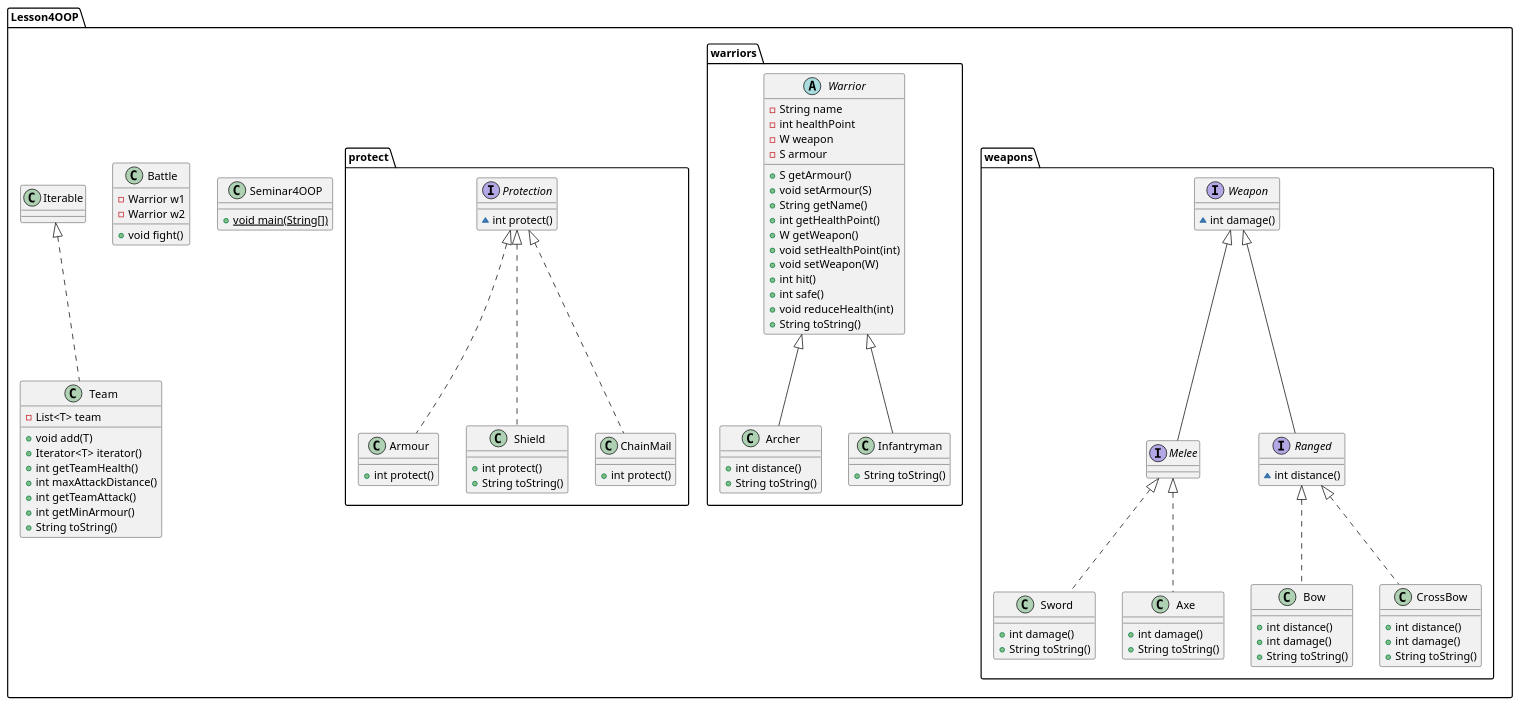
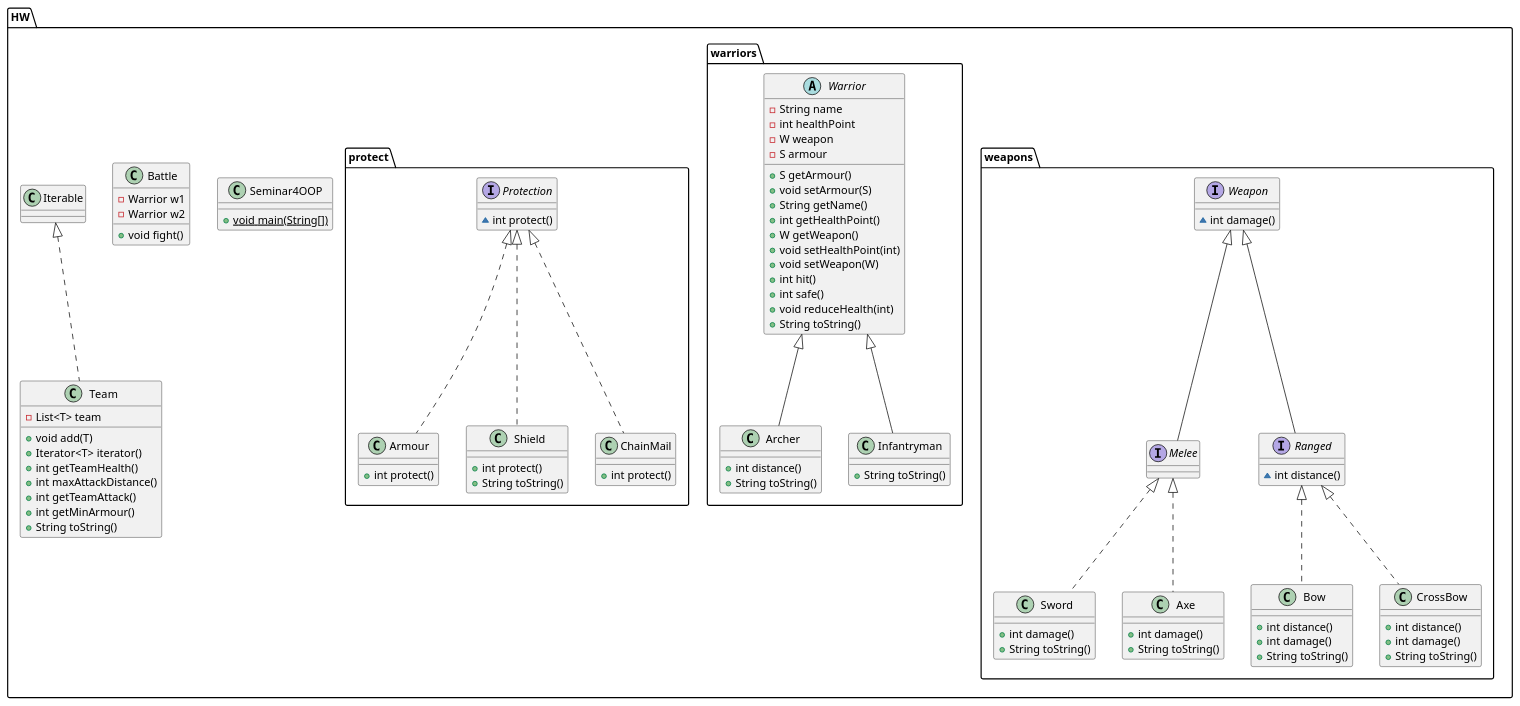
The diagram in HWUML.puml (Xqz97/Software_architecture_seminars), drawn with PlantUML before and after one commit. The commit also changed 17 other files, not shown here.

Commit message:
Seminar 1 (software architecture) + HW

```diff
--- a/HWUML.puml
+++ b/HWUML.puml
@@ -1,97 +1,97 @@
 @startuml
-class Lesson4OOP.weapons.Sword {
+class HW.weapons.Sword {
 + int damage()
 + String toString()
 }
-class Lesson4OOP.warriors.Archer {
+class HW.warriors.Archer {
 + int distance()
 + String toString()
 }
-class Lesson4OOP.Seminar4OOP {
+class HW.Seminar4OOP {
 + {static} void main(String[])
 }
-interface Lesson4OOP.protect.Protection {
+interface HW.protect.Protection {
 ~ int protect()
 }
-class Lesson4OOP.warriors.Infantryman {
+class HW.warriors.Infantryman {
 + String toString()
 }
-class Lesson4OOP.weapons.Axe {
+class HW.weapons.Axe {
 + int damage()
 + String toString()
 }
-interface Lesson4OOP.weapons.Melee {
+interface HW.weapons.Melee {
 }
-class Lesson4OOP.protect.Armour {
+class HW.protect.Armour {
 + int protect()
 }
-class Lesson4OOP.weapons.Bow {
+class HW.weapons.Bow {
 + int distance()
 + int damage()
 + String toString()
 }
-class Lesson4OOP.Team {
+class HW.Team {
 - List<T> team
 + void add(T)
 + Iterator<T> iterator()
 + int getTeamHealth()
 + int maxAttackDistance()
 + int getTeamAttack()
 + int getMinArmour()
 + String toString()
 }
-class Lesson4OOP.protect.Shield {
+class HW.protect.Shield {
 + int protect()
 + String toString()
 }
-interface Lesson4OOP.weapons.Weapon {
+interface HW.weapons.Weapon {
 ~ int damage()
 }
-interface Lesson4OOP.weapons.Ranged {
+interface HW.weapons.Ranged {
 ~ int distance()
 }
-class Lesson4OOP.Battle {
+class HW.Battle {
 - Warrior w1
 - Warrior w2
 + void fight()
 }
-class Lesson4OOP.protect.ChainMail {
+class HW.protect.ChainMail {
 + int protect()
 }
-abstract class Lesson4OOP.warriors.Warrior {
+abstract class HW.warriors.Warrior {
 - String name
 - int healthPoint
 - W weapon
 - S armour
 + S getArmour()
 + void setArmour(S)
 + String getName()
 + int getHealthPoint()
 + W getWeapon()
 + void setHealthPoint(int)
 + void setWeapon(W)
 + int hit()
 + int safe()
 + void reduceHealth(int)
 + String toString()
 }
-class Lesson4OOP.weapons.CrossBow {
+class HW.weapons.CrossBow {
 + int distance()
 + int damage()
 + String toString()
 }
 
 
-Lesson4OOP.weapons.Melee <|.. Lesson4OOP.weapons.Sword
-Lesson4OOP.warriors.Warrior <|-- Lesson4OOP.warriors.Archer
-Lesson4OOP.warriors.Warrior <|-- Lesson4OOP.warriors.Infantryman
-Lesson4OOP.weapons.Melee <|.. Lesson4OOP.weapons.Axe
-Lesson4OOP.weapons.Weapon <|-- Lesson4OOP.weapons.Melee
-Lesson4OOP.protect.Protection <|.. Lesson4OOP.protect.Armour
-Lesson4OOP.weapons.Ranged <|.. Lesson4OOP.weapons.Bow
-Lesson4OOP.Iterable <|.. Lesson4OOP.Team
-Lesson4OOP.protect.Protection <|.. Lesson4OOP.protect.Shield
-Lesson4OOP.weapons.Weapon <|-- Lesson4OOP.weapons.Ranged
-Lesson4OOP.protect.Protection <|.. Lesson4OOP.protect.ChainMail
-Lesson4OOP.weapons.Ranged <|.. Lesson4OOP.weapons.CrossBow
+HW.weapons.Melee <|.. HW.weapons.Sword
+HW.warriors.Warrior <|-- HW.warriors.Archer
+HW.warriors.Warrior <|-- HW.warriors.Infantryman
+HW.weapons.Melee <|.. HW.weapons.Axe
+HW.weapons.Weapon <|-- HW.weapons.Melee
+HW.protect.Protection <|.. HW.protect.Armour
+HW.weapons.Ranged <|.. HW.weapons.Bow
+HW.Iterable <|.. HW.Team
+HW.protect.Protection <|.. HW.protect.Shield
+HW.weapons.Weapon <|-- HW.weapons.Ranged
+HW.protect.Protection <|.. HW.protect.ChainMail
+HW.weapons.Ranged <|.. HW.weapons.CrossBow
 @enduml
```
